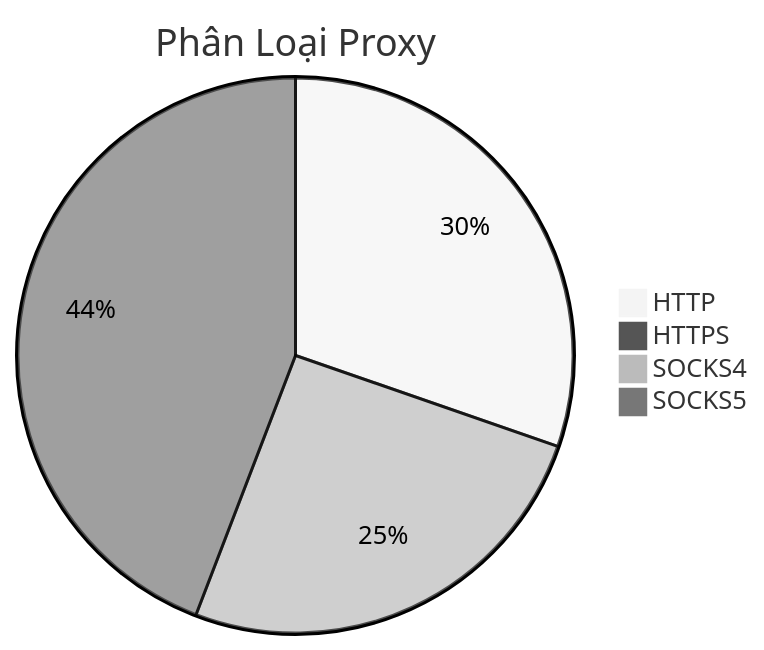
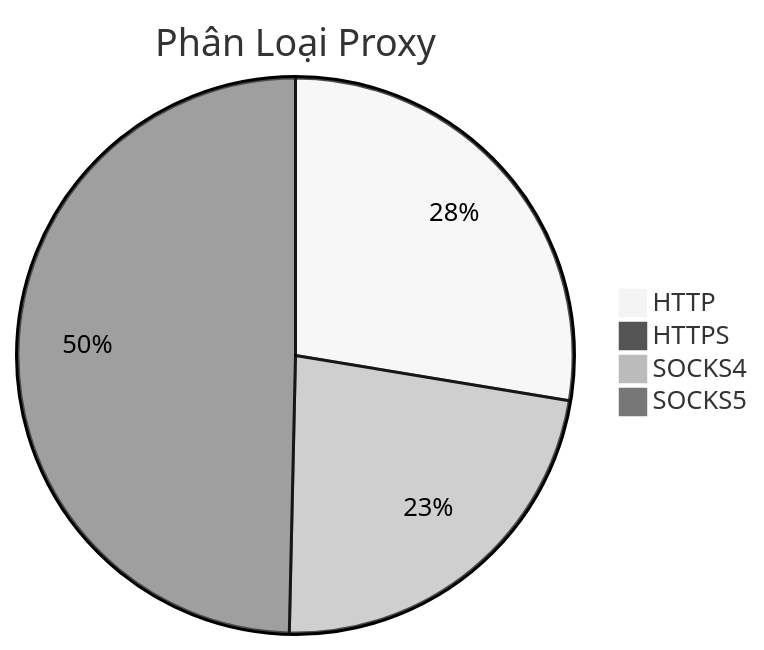
The diagram in README.md (Ciara-Aa/PROXY-free), drawn with Mermaid (neutral theme) before and after one commit. The commit also changed other lines of this file and 4 other files, not shown here.

````diff
--- a/README.md
+++ b/README.md
@@ -26,7 +26,7 @@
 ```mermaid
 pie title Phân Loại Proxy
-    "HTTP" : 304
-    "HTTPS" : 4
-    "SOCKS4" : 256
-    "SOCKS5" : 443
+    "HTTP" : 233
+    "HTTPS" : 2
+    "SOCKS4" : 192
+    "SOCKS5" : 419
 ```
````
